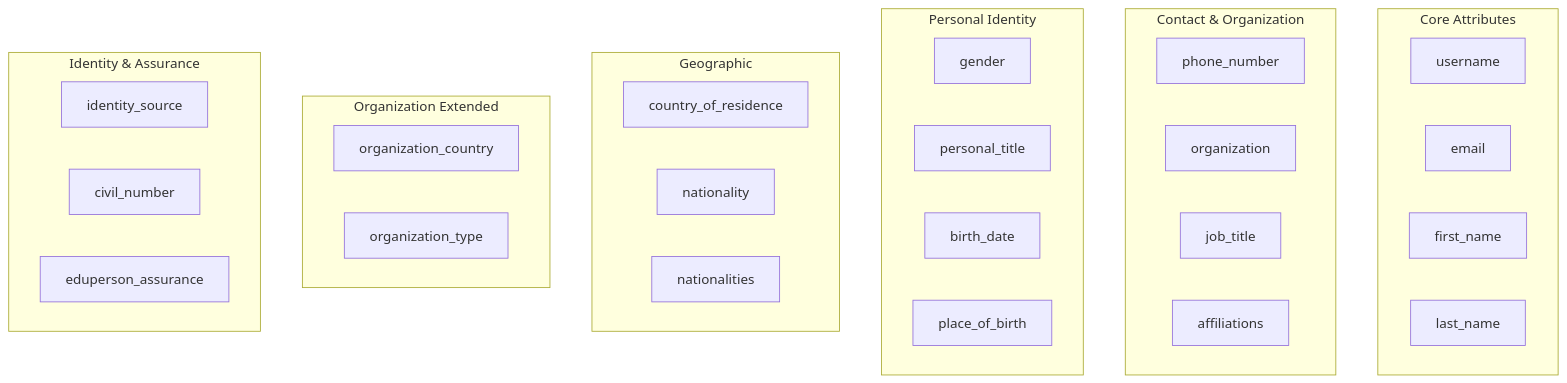
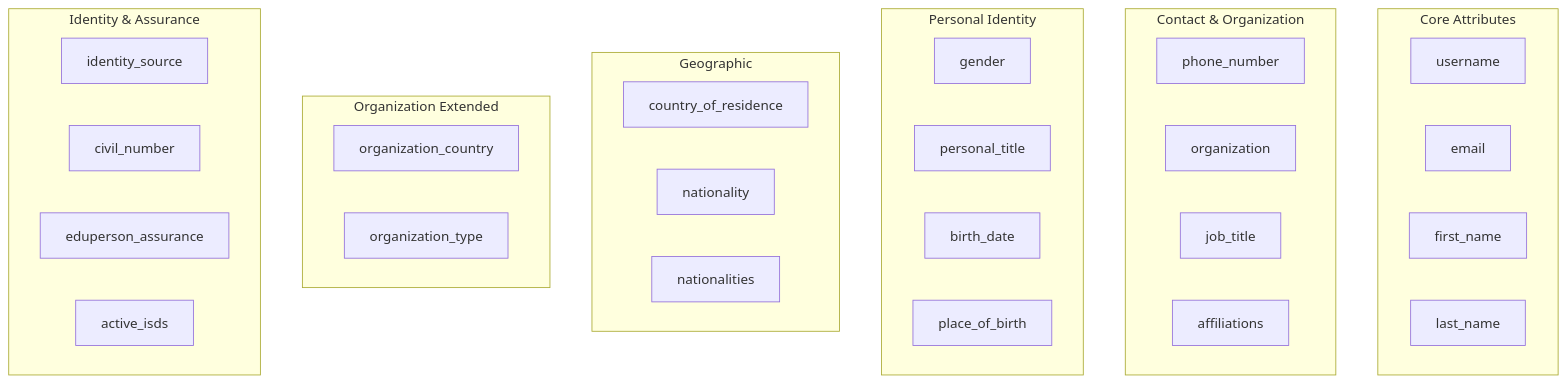
One commit to waldur/waldur-docs changed the first of 3 diagrams in docs/developer-guide/user-profile-attributes.md. Above: the diagram before and after it, drawn with Mermaid. The commit also changed other lines of this file and 24 other files, not shown here.

````diff
--- a/docs/developer-guide/user-profile-attributes.md
+++ b/docs/developer-guide/user-profile-attributes.md
@@ -20,40 +20,41 @@
 ```mermaid
 flowchart TD
     subgraph Core["Core Attributes"]
         C1[username]
         C2[email]
         C3[first_name]
         C4[last_name]
     end
 
     subgraph Contact["Contact & Organization"]
         CO1[phone_number]
         CO2[organization]
         CO3[job_title]
         CO4[affiliations]
     end
 
     subgraph Personal["Personal Identity"]
         P1[gender]
         P2[personal_title]
         P3[birth_date]
         P4[place_of_birth]
     end
 
     subgraph Geographic["Geographic"]
         G1[country_of_residence]
         G2[nationality]
         G3[nationalities]
     end
 
     subgraph OrgExt["Organization Extended"]
         O1[organization_country]
         O2[organization_type]
     end
 
     subgraph Identity["Identity & Assurance"]
         I1[identity_source]
         I2[civil_number]
         I3[eduperson_assurance]
+        I4[active_isds]
     end
 ```
````
